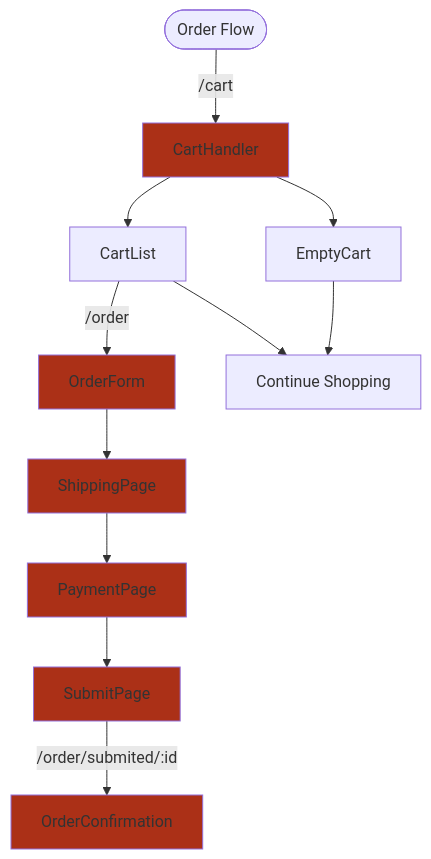
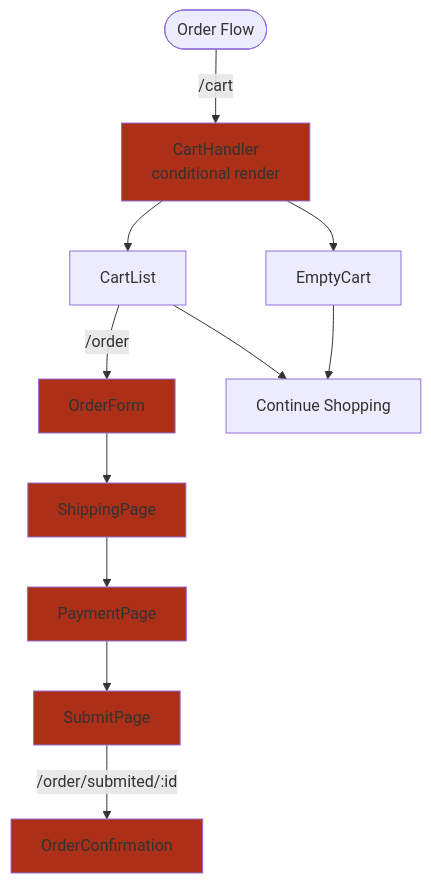
Before and after one commit to dictyBase/frontendx: the diagram in apps/stock-center/diagrams/OrderFlow.md, drawn with Mermaid.

Commit message:
chore(OrderFlow.md): update CartHandler node label to include "conditional render" for clarity chore(OrderFlow.md): update class definitions to use "state" instead of "page" for consistency
The CartHandler node label is updated to include "conditional render" to provide more clarity on its functionality. Additionally, the class definitions in the diagram are updated to use "state" instead of "page" for consistency and better representation of the elements.

````diff
--- a/apps/stock-center/diagrams/OrderFlow.md
+++ b/apps/stock-center/diagrams/OrderFlow.md
@@ -1,29 +1,29 @@
 ```mermaid
 
 flowchart TD
 
 X([Order Flow])
-A[CartHandler]
+A[CartHandler\n conditional render]
 A1[CartList]
 A2[EmptyCart]
 B[OrderForm]
 B1[Continue Shopping]
 C[ShippingPage]
 D[PaymentPage]
 E[SubmitPage]
 F[OrderConfirmation]
 
 X -->|/cart| A
 A --> A1
 A --> A2
 A1 -->|/order| B
 A1 --> B1
 A2 --> B1
 B -->  C
 C --> D
 D --> E
 E --> |/order/submited/:id|F
 
-classDef page fill:#ab3017
-class A,B,C,D,E,F page
+classDef state fill:#ab3017
+class A,B,C,D,E,F state
 ```
````
